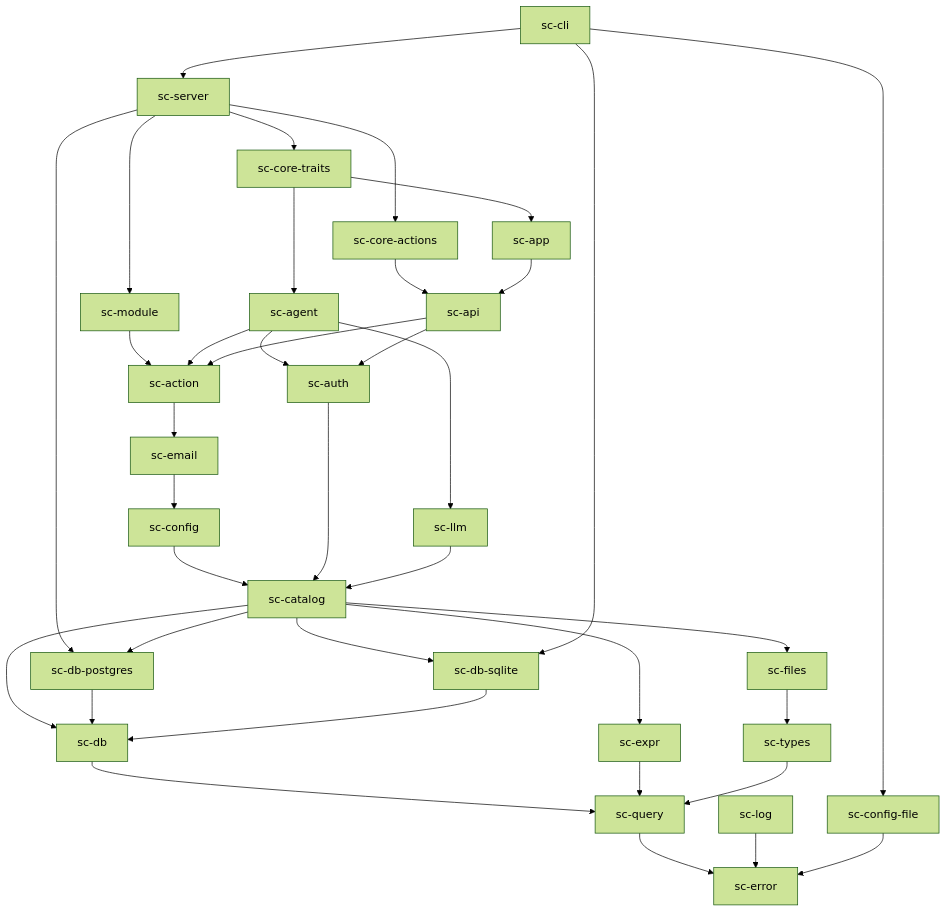
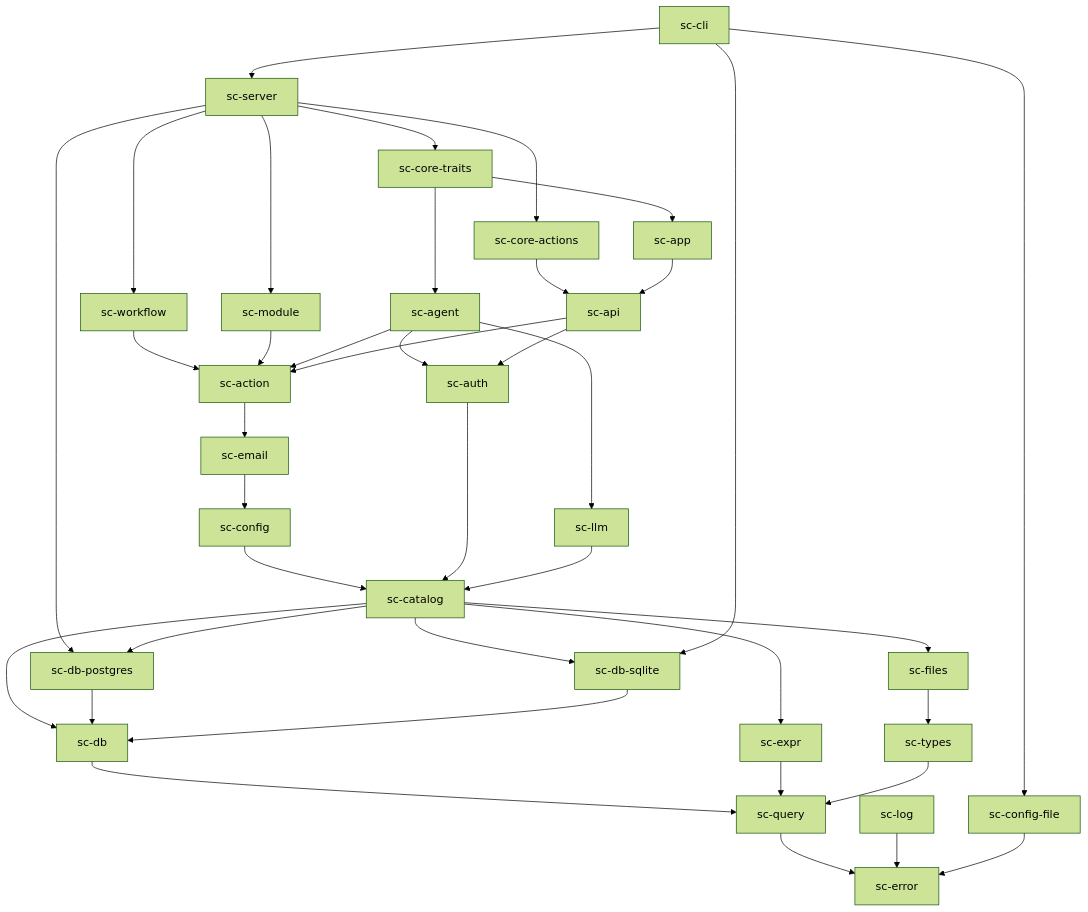
One commit to christianhugoch/feldspar changed the first of 2 diagrams in docs/TECHNICAL_DESIGN.md. Above: the diagram before and after it, drawn with Mermaid (forest theme). The commit also changed other lines of this file and 46 other files, not shown here.

````diff
--- a/docs/TECHNICAL_DESIGN.md
+++ b/docs/TECHNICAL_DESIGN.md
@@ -114,39 +116,41 @@
 ```mermaid
 graph TD
   cli["sc-cli"] --> server["sc-server"]
   cli --> cfgfile["sc-config-file"]
   server --> coreact["sc-core-actions"]
   server --> coretraits["sc-core-traits"]
   server --> pg["sc-db-postgres"]
   coretraits --> agent["sc-agent"]
   coretraits --> app["sc-app"]
   coreact --> api["sc-api"]
   server --> module["sc-module"]
+  server --> workflow["sc-workflow"]
+  workflow --> action
   module --> action["sc-action"]
   app --> api
   agent --> action
   agent --> auth["sc-auth"]
   agent --> llm["sc-llm"]
   api --> action
   api --> auth
   action --> email["sc-email"]
   email --> config["sc-config"]
   config --> catalog["sc-catalog"]
   auth --> catalog
   llm --> catalog
   catalog --> db["sc-db"]
   catalog --> pg
   catalog --> sqlite["sc-db-sqlite"]
   cli --> sqlite
   catalog --> expr["sc-expr"]
   catalog --> files["sc-files"]
   pg --> db
   sqlite --> db
   db --> query["sc-query"]
   expr --> query
   files --> types["sc-types"]
   types --> query
   query --> error["sc-error"]
   log["sc-log"] --> error
   cfgfile --> error
 ```
````
